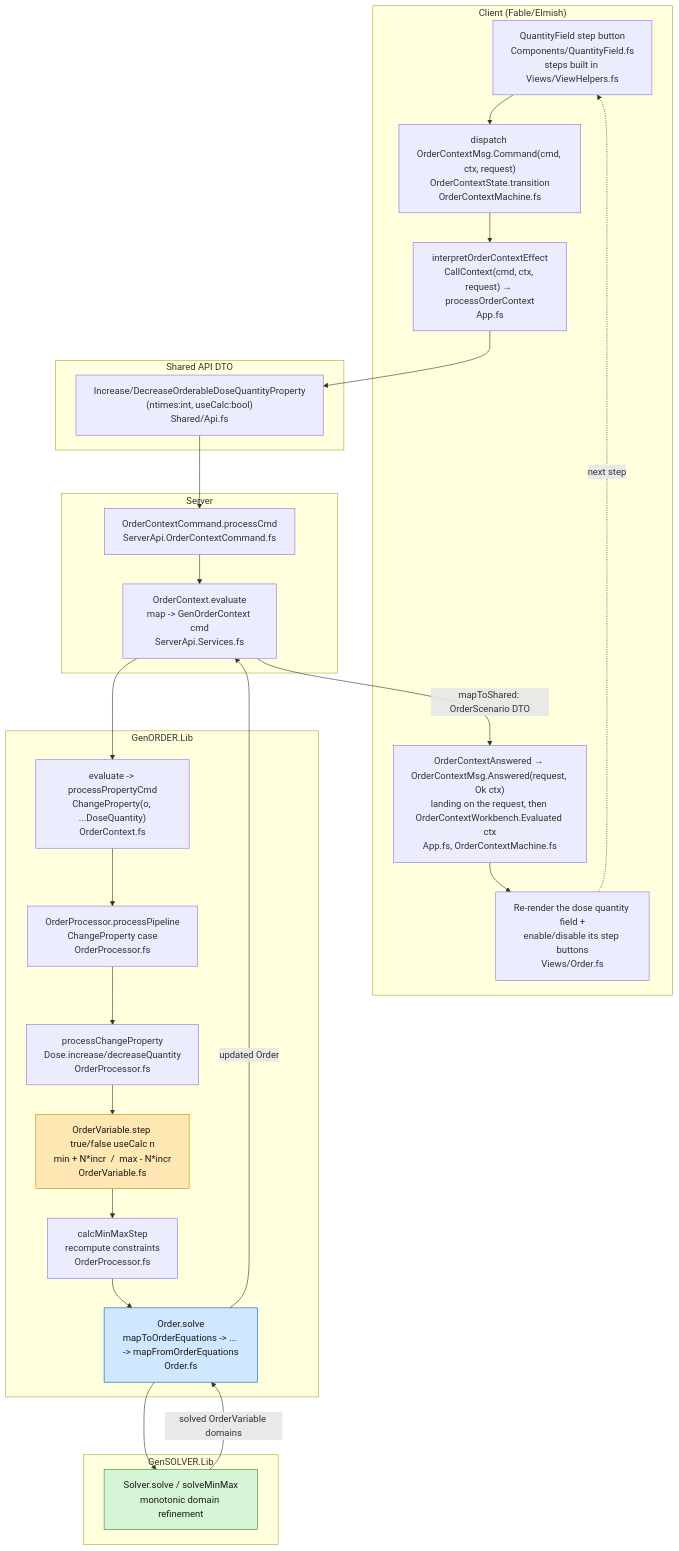
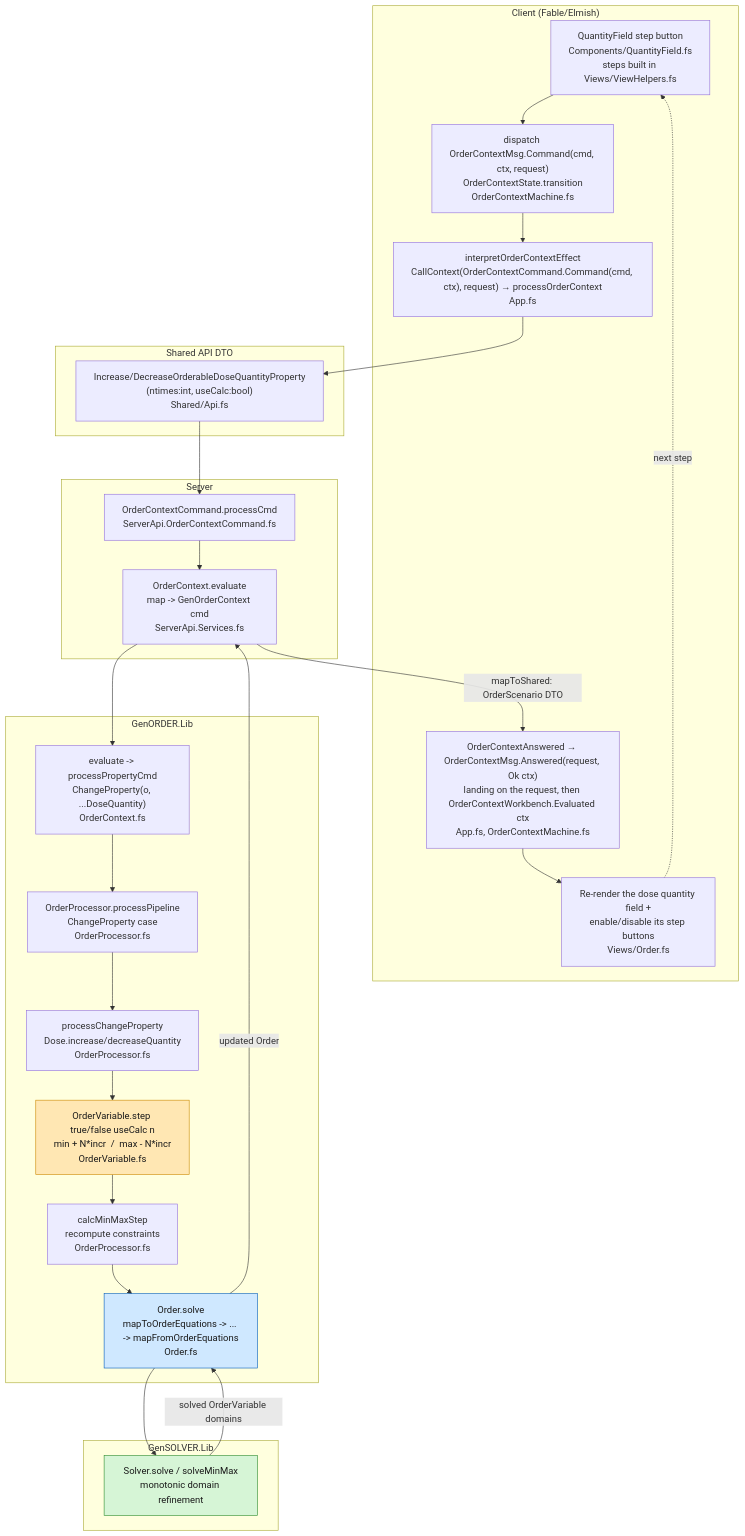
Before and after one commit to informedica/GenPRES: the first of 2 diagrams in docs/domain/dose-quantity-stepping-flow.md, drawn with Mermaid. The commit also changed 6 other files, not shown here.

First line of the commit message:
refactor(client): one layer for the order context machine

````diff
--- a/docs/domain/dose-quantity-stepping-flow.md
+++ b/docs/domain/dose-quantity-stepping-flow.md
@@ -7,43 +7,43 @@
 ```mermaid
 flowchart TD
     subgraph CLIENT["Client (Fable/Elmish)"]
         UI["QuantityField step button<br/>Components/QuantityField.fs<br/>steps built in Views/ViewHelpers.fs"]
         MSG["dispatch OrderContextMsg.Command(cmd, ctx, request)<br/>OrderContextState.transition<br/>OrderContextMachine.fs"]
-        CALL["interpretOrderContextEffect<br/>CallContext(cmd, ctx, request) → processOrderContext<br/>App.fs"]
+        CALL["interpretOrderContextEffect<br/>CallContext(OrderContextCommand.Command(cmd, ctx), request) → processOrderContext<br/>App.fs"]
         RESP["OrderContextAnswered → OrderContextMsg.Answered(request, Ok ctx)<br/>landing on the request, then OrderContextWorkbench.Evaluated ctx<br/>App.fs, OrderContextMachine.fs"]
         RENDER["Re-render the dose quantity field +<br/>enable/disable its step buttons<br/>Views/Order.fs"]
     end
 
     subgraph SHARED["Shared API DTO"]
         CMD["Increase/DecreaseOrderableDoseQuantityProperty<br/>(ntimes:int, useCalc:bool)<br/>Shared/Api.fs"]
     end
 
     subgraph SERVER["Server"]
         SCMD["OrderContextCommand.processCmd<br/>ServerApi.OrderContextCommand.fs"]
         SEVAL["OrderContext.evaluate<br/>map -> GenOrderContext cmd<br/>ServerApi.Services.fs"]
     end
 
     subgraph GENORDER["GenORDER.Lib"]
         GEVAL["evaluate -> processPropertyCmd<br/>ChangeProperty(o, ...DoseQuantity)<br/>OrderContext.fs"]
         PIPE["OrderProcessor.processPipeline<br/>ChangeProperty case<br/>OrderProcessor.fs"]
         PCHANGE["processChangeProperty<br/>Dose.increase/decreaseQuantity<br/>OrderProcessor.fs"]
         STEP["OrderVariable.step true/false useCalc n<br/>min + N*incr  /  max - N*incr<br/>OrderVariable.fs"]
         CALCMM["calcMinMaxStep<br/>recompute constraints<br/>OrderProcessor.fs"]
         SOLVE["Order.solve<br/>mapToOrderEquations -> ... -> mapFromOrderEquations<br/>Order.fs"]
     end
 
     subgraph SOLVER["GenSOLVER.Lib"]
         GS["Solver.solve / solveMinMax<br/>monotonic domain refinement"]
     end
 
     UI --> MSG --> CALL --> CMD --> SCMD --> SEVAL --> GEVAL --> PIPE --> PCHANGE --> STEP --> CALCMM --> SOLVE --> GS
     GS -->|solved OrderVariable domains| SOLVE
     SOLVE -->|updated Order| SEVAL
     SEVAL -->|mapToShared: OrderScenario DTO| RESP
     RESP --> RENDER
     RENDER -.->|next step| UI
 
     style STEP fill:#ffe7b3,stroke:#cc8800,color:#1a1a1a
     style SOLVE fill:#cfe8ff,stroke:#005bbb,color:#1a1a1a
     style GS fill:#d6f5d6,stroke:#2e8b2e,color:#1a1a1a
 ```
````
